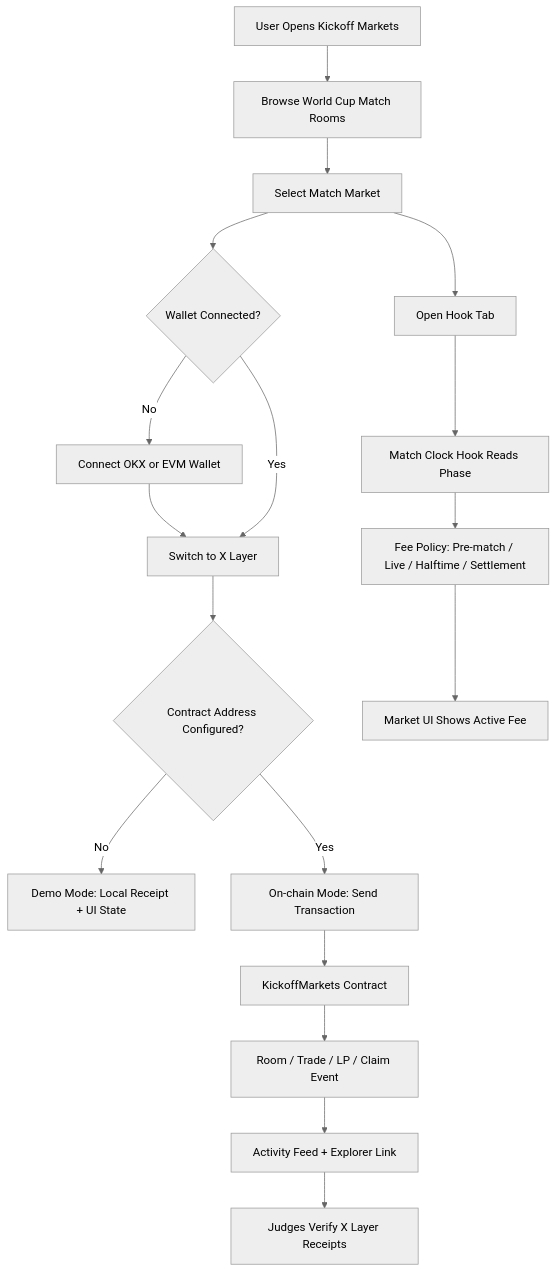
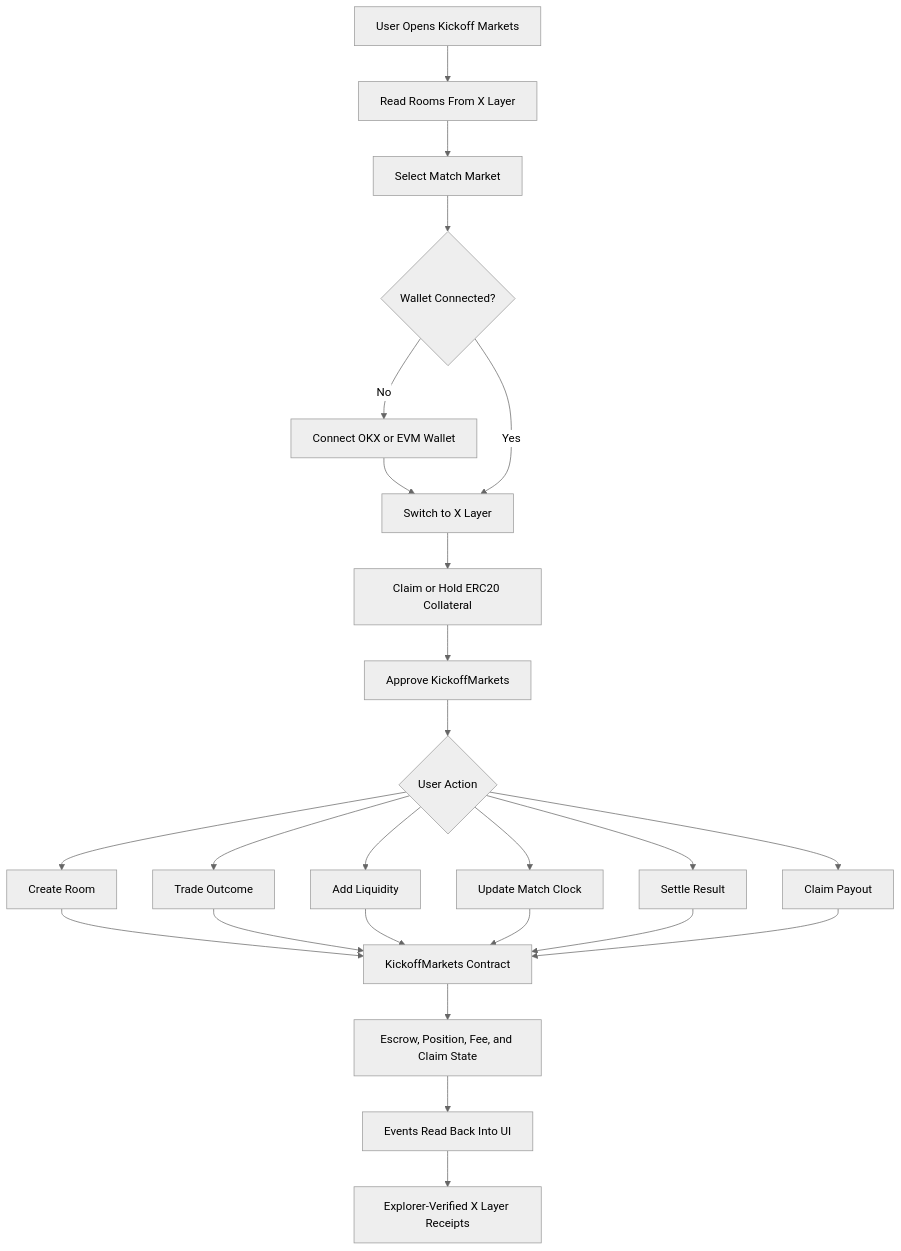
One commit to ELLA0VICTOR/kickoff-markets changed the diagram in README.md. Above: the diagram before and after it, drawn with Mermaid (neutral theme). The commit also changed other lines of this file and 13 other files, not shown here.

````diff
--- a/README.md
+++ b/README.md
@@ -22,20 +22,27 @@
 ```mermaid
 flowchart TD
-    A[User Opens Kickoff Markets] --> B[Browse World Cup Match Rooms]
+    A[User Opens Kickoff Markets] --> B[Read Rooms From X Layer]
     B --> C[Select Match Market]
     C --> D{Wallet Connected?}
     D -- No --> E[Connect OKX or EVM Wallet]
     E --> F[Switch to X Layer]
     D -- Yes --> F
-    F --> G{Contract Address Configured?}
-    G -- No --> H[Demo Mode: Local Receipt + UI State]
-    G -- Yes --> I[On-chain Mode: Send Transaction]
-    I --> J[KickoffMarkets Contract]
-    J --> K[Room / Trade / LP / Claim Event]
-    K --> L[Activity Feed + Explorer Link]
-    C --> M[Open Hook Tab]
-    M --> N[Match Clock Hook Reads Phase]
-    N --> O[Fee Policy: Pre-match / Live / Halftime / Settlement]
-    O --> P[Market UI Shows Active Fee]
-    L --> Q[Judges Verify X Layer Receipts]
+    F --> G[Claim or Hold ERC20 Collateral]
+    G --> H[Approve KickoffMarkets]
+    H --> I{User Action}
+    I --> J[Create Room]
+    I --> K[Trade Outcome]
+    I --> L[Add Liquidity]
+    I --> M[Update Match Clock]
+    I --> N[Settle Result]
+    I --> O[Claim Payout]
+    J --> P[KickoffMarkets Contract]
+    K --> P
+    L --> P
+    M --> P
+    N --> P
+    O --> P
+    P --> Q[Escrow, Position, Fee, and Claim State]
+    Q --> R[Events Read Back Into UI]
+    R --> S[Explorer-Verified X Layer Receipts]
 ```
````
